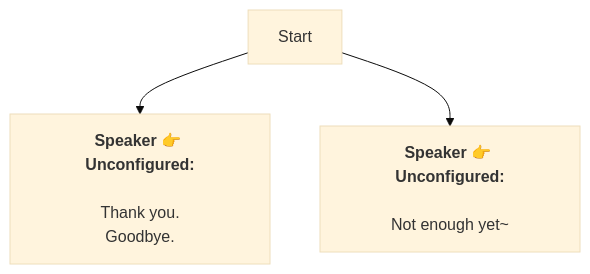
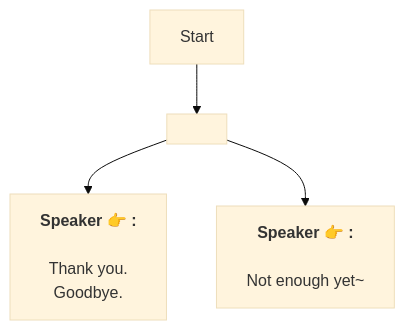
The diagram in En/QuestNPCDeliveryENode_1747047147014397.md (SoftHu/tos_avg), drawn with Mermaid (base theme) before and after one commit. The commit also changed 737 other files, not shown here.

````diff
--- a/En/QuestNPCDeliveryENode_1747047147014397.md
+++ b/En/QuestNPCDeliveryENode_1747047147014397.md
@@ -1,11 +1,9 @@
 ```mermaid
 graph
-Start -->1747047181354242[<b>Speaker 👉 Unconfigured:</b>
+Start -->1756340482953736[ ]
+1756340482953736 -->1747047181354242[<b>Speaker 👉 :</b>
+\nThank you.\nGoodbye.]
+1756340482953736 -->1756336692089353[<b>Speaker 👉 :</b>
+\nNot enough yet~]
 
-Thank you.
-Goodbye.]
-Start -->1756336692089353[<b>Speaker 👉 Unconfigured:</b>
-
-Not enough yet~]
-
- ```
+```
````
